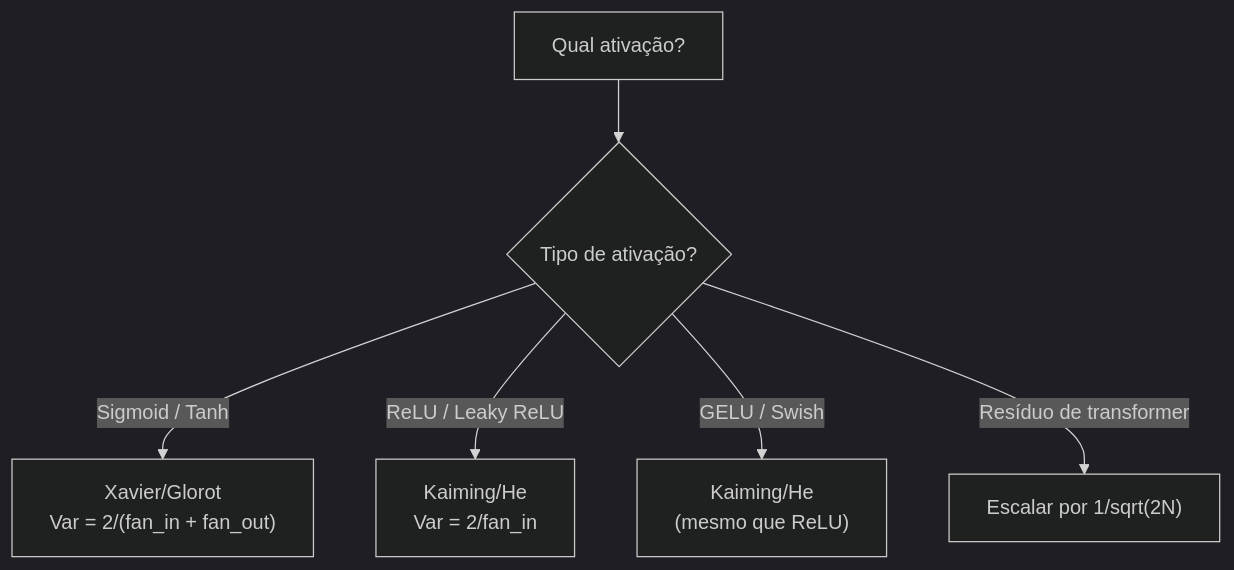
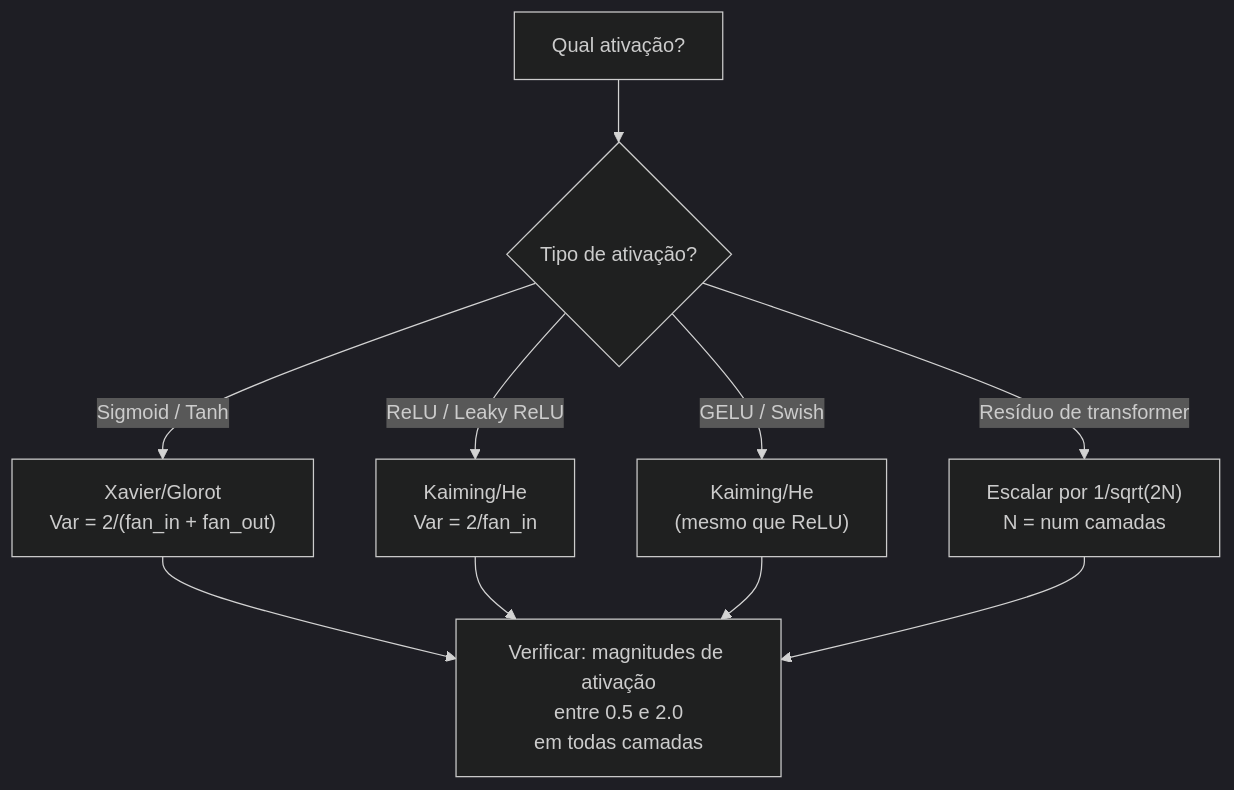
The third of 3 diagrams in phases/03-deep-learning-core/08-weight-initialization/docs/pt-br.md (K3lvin-dev/ai-engineering-from-scratch), drawn with Mermaid (dark theme) before and after one commit. The commit also changed other lines of this file and 11 other files, not shown here.

````diff
--- a/phases/03-deep-learning-core/08-weight-initialization/docs/pt-br.md
+++ b/phases/03-deep-learning-core/08-weight-initialization/docs/pt-br.md
@@ -97,9 +149,14 @@
 ```mermaid
 flowchart TD
     Start["Qual ativação?"] --> Act{"Tipo de ativação?"}
 
     Act -->|"Sigmoid / Tanh"| Xavier["Xavier/Glorot<br/>Var = 2/(fan_in + fan_out)"]
     Act -->|"ReLU / Leaky ReLU"| Kaiming["Kaiming/He<br/>Var = 2/fan_in"]
     Act -->|"GELU / Swish"| Kaiming2["Kaiming/He<br/>(mesmo que ReLU)"]
-    Act -->|"Resíduo de transformer"| GPT["Escalar por 1/sqrt(2N)"]
+    Act -->|"Resíduo de transformer"| GPT["Escalar por 1/sqrt(2N)<br/>N = num camadas"]
+
+    Xavier --> Check["Verificar: magnitudes de ativação<br/>entre 0.5 e 2.0<br/>em todas camadas"]
+    Kaiming --> Check
+    Kaiming2 --> Check
+    GPT --> Check
 ```
````
